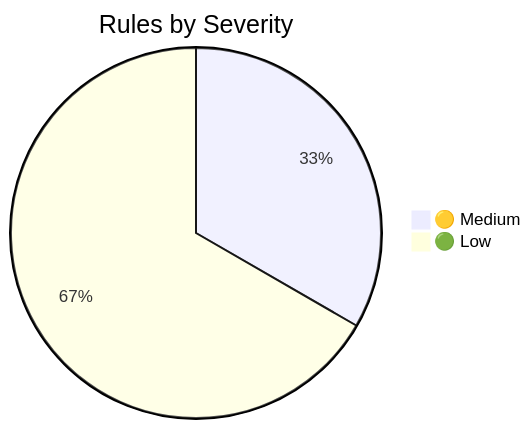
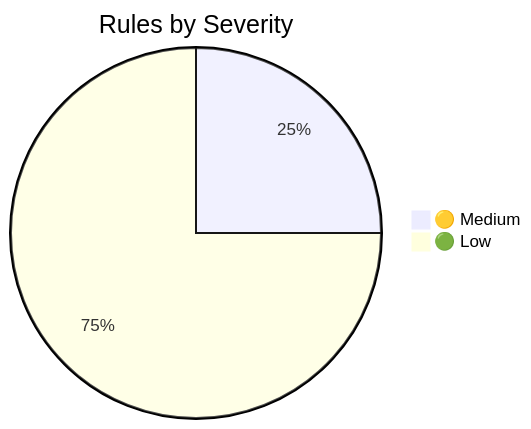
Before and after one commit to martonbence/Detection-Engineering: the second of 3 diagrams in README.md, drawn with Mermaid. The commit also changed other lines of this file and 11 other files, not shown here.

````diff
--- a/README.md
+++ b/README.md
@@ -18,5 +18,5 @@
 ```mermaid
 pie title Rules by Severity
     "🟡 Medium" : 1
-    "🟢 Low" : 2
+    "🟢 Low" : 3
 ```
````
